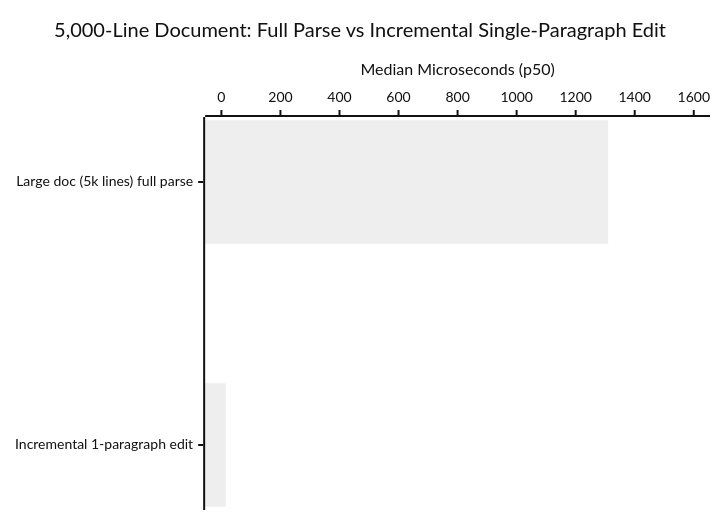
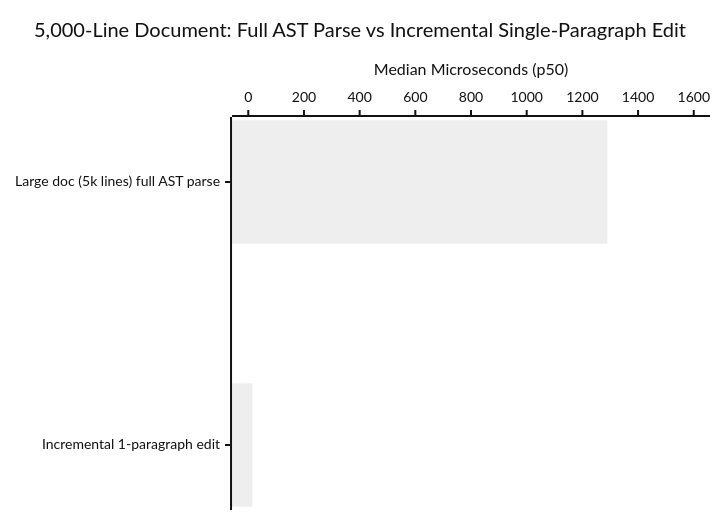
Before and after one commit to tkinnis/markdown_engine: the second of 2 diagrams in doc/BENCHMARKS.md, drawn with Mermaid (neutral theme). The commit also changed other lines of this file and 25 other files, not shown here.

````diff
--- a/doc/BENCHMARKS.md
+++ b/doc/BENCHMARKS.md
@@ -58,7 +84,7 @@
 ```mermaid
 xychart-beta horizontal
-    title "5,000-Line Document: Full Parse vs Incremental Single-Paragraph Edit"
-    x-axis ["Large doc (5k lines) full parse", "Incremental 1-paragraph edit"]
+    title "5,000-Line Document: Full AST Parse vs Incremental Single-Paragraph Edit"
+    x-axis ["Large doc (5k lines) full AST parse", "Incremental 1-paragraph edit"]
     y-axis "Median Microseconds (p50)" 0 --> 1600
-    bar [1310.25, 14.92]
+    bar [1289.75, 14.76]
 ```
````
